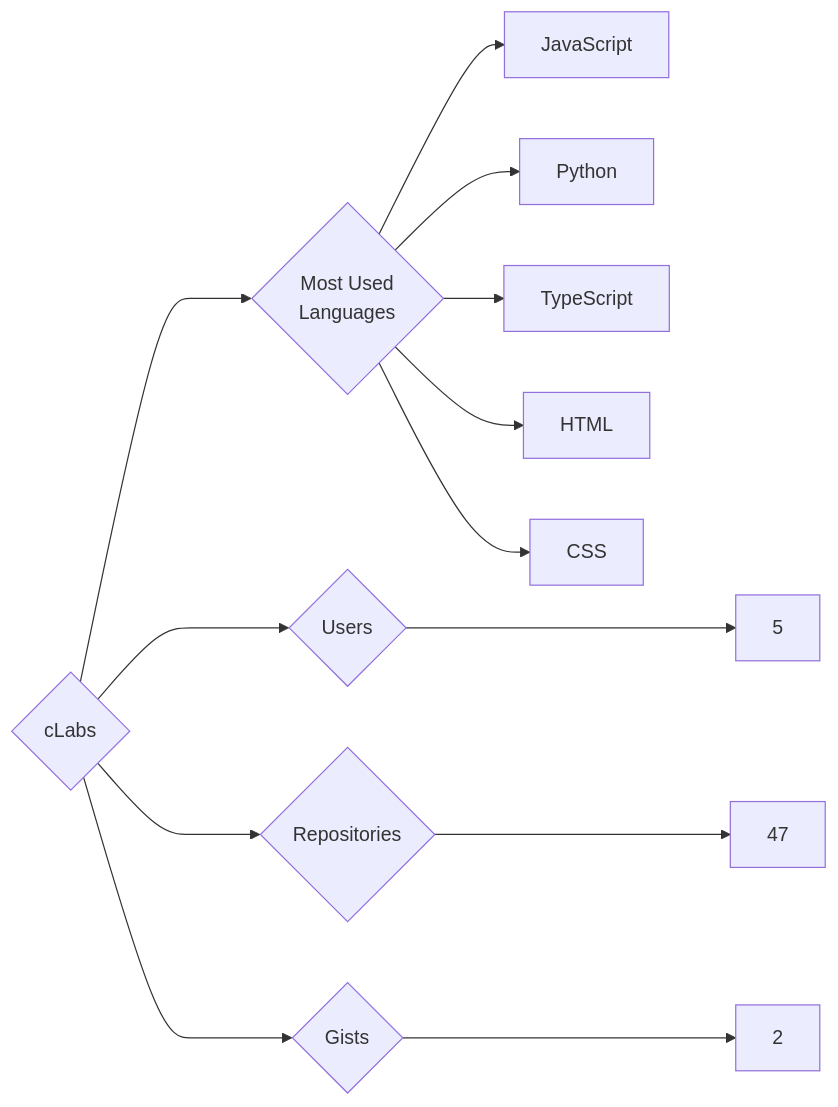
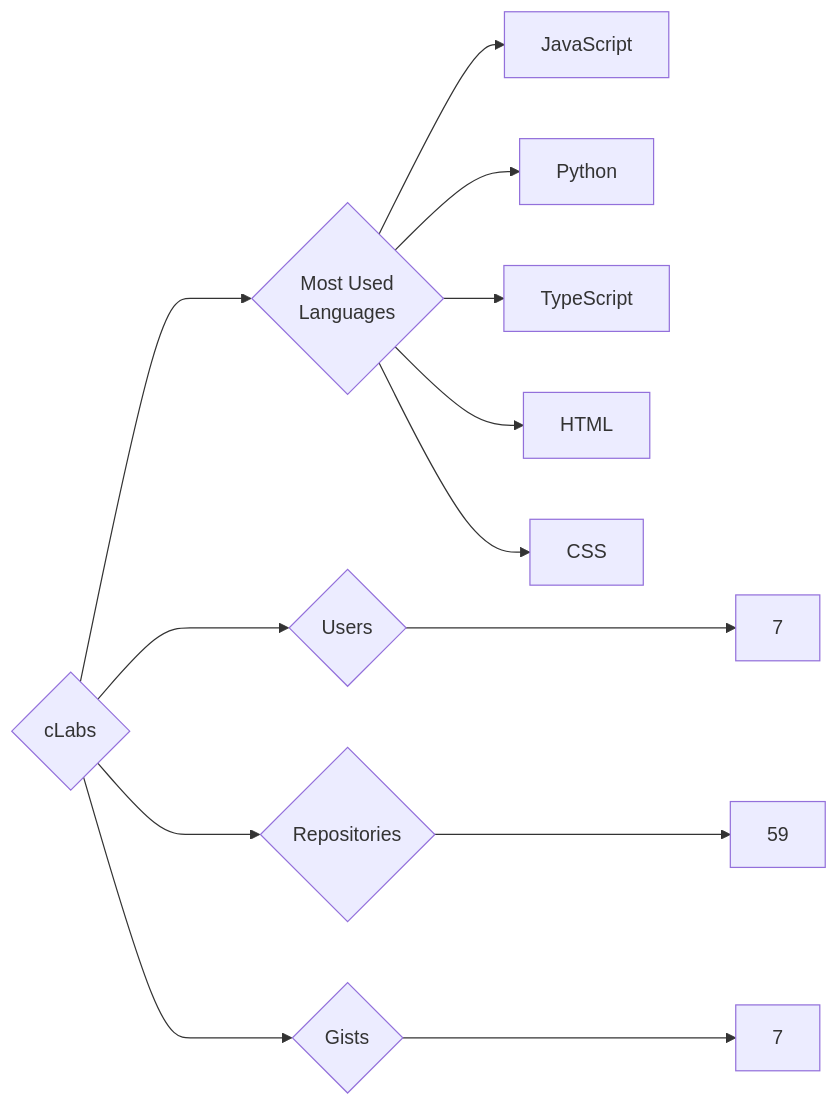
Before and after one commit to trickest/insiders: the diagram in targets/cLabs/README.md, drawn with Mermaid. The commit also changed 933 other files, not shown here.

````diff
--- a/targets/cLabs/README.md
+++ b/targets/cLabs/README.md
@@ -3,13 +3,13 @@
 ```mermaid
 graph LR
 COMPANY_NAME{cLabs}
-COMPANY_NAME ---> U{Users} ---> UN[5]
-COMPANY_NAME ---> R{Repositories} ---> RN[47]
-COMPANY_NAME ---> G{Gists} ---> GN[2]
+COMPANY_NAME ---> U{Users} ---> UN[7]
+COMPANY_NAME ---> R{Repositories} ---> RN[59]
+COMPANY_NAME ---> G{Gists} ---> GN[7]
 COMPANY_NAME ---> ML{Most Used<br>Languages}
 ML --> JavaScript[JavaScript]
 ML --> Python[Python]
 ML --> TypeScript[TypeScript]
 ML --> HTML[HTML]
 ML --> CSS[CSS]
 ```
````
